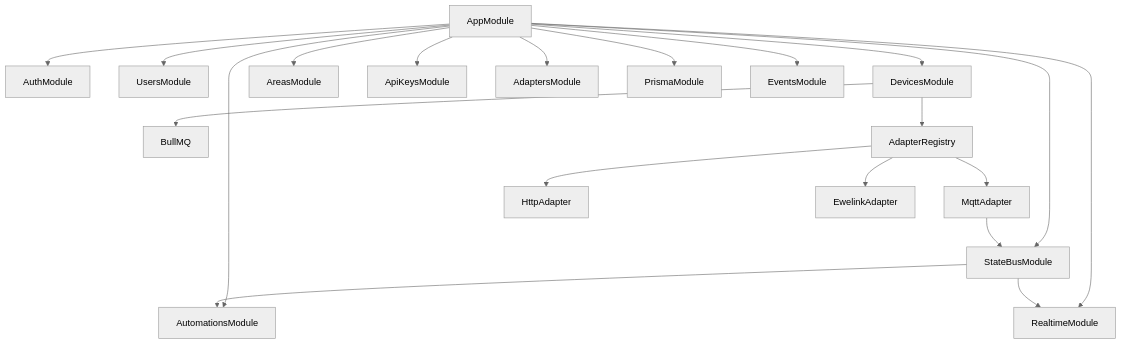
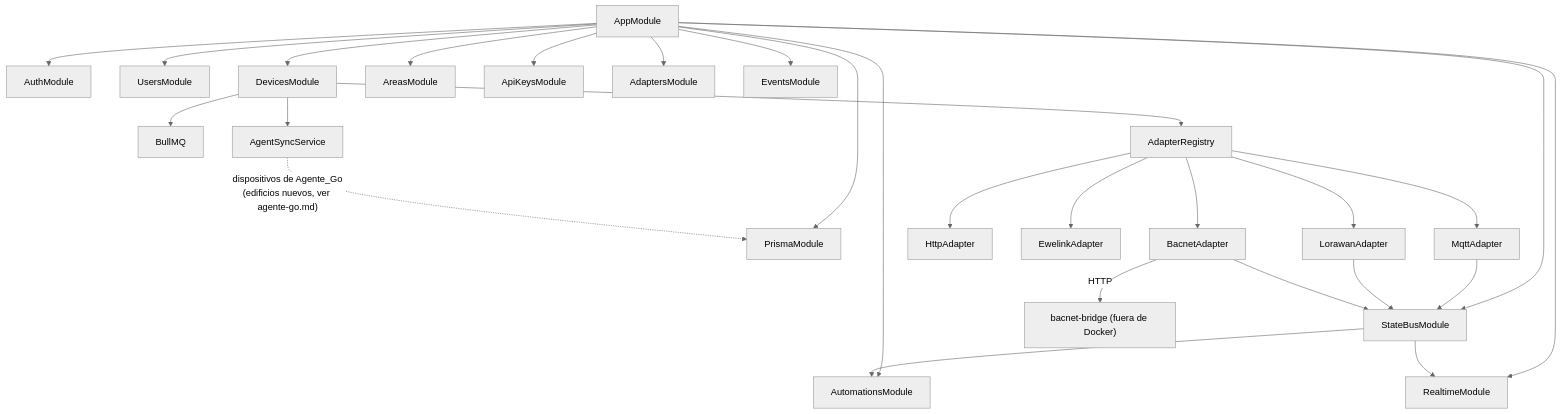
Before and after one commit to carlosh2388/controlia-nexo-smart: the fourth of 4 diagrams in docs/architecture.md, drawn with Mermaid (neutral theme). The commit also changed other lines of this file and 38 other files, not shown here.

Commit message:
Add agent sync workflow

````diff
--- a/docs/architecture.md
+++ b/docs/architecture.md
@@ -116,23 +126,31 @@
 ```mermaid
 flowchart TB
   AppModule --> AuthModule
   AppModule --> UsersModule
   AppModule --> DevicesModule
   AppModule --> AreasModule
   AppModule --> AutomationsModule
   AppModule --> ApiKeysModule
   AppModule --> RealtimeModule
   AppModule --> AdaptersModule
   AppModule --> PrismaModule
   AppModule --> StateBusModule
   AppModule --> EventsModule
 
   DevicesModule --> BullMQ
   DevicesModule --> AdapterRegistry
+  DevicesModule --> AgentSyncService
   AdapterRegistry --> MqttAdapter
   AdapterRegistry --> HttpAdapter
   AdapterRegistry --> EwelinkAdapter
+  AdapterRegistry --> LorawanAdapter
+  AdapterRegistry --> BacnetAdapter
+  BacnetAdapter -->|HTTP| BacnetBridge["bacnet-bridge (fuera de Docker)"]
   MqttAdapter --> StateBusModule
+  LorawanAdapter --> StateBusModule
+  BacnetAdapter --> StateBusModule
   StateBusModule --> RealtimeModule
   StateBusModule --> AutomationsModule
+
+  AgentSyncService -.->|"dispositivos de Agente_Go\n(edificios nuevos, ver agente-go.md)"| PrismaModule
 ```
````
